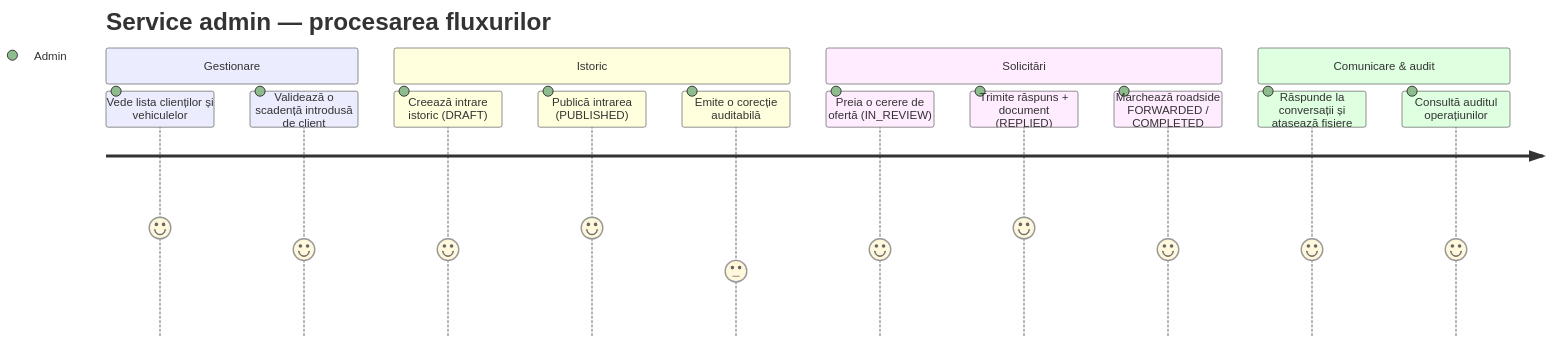
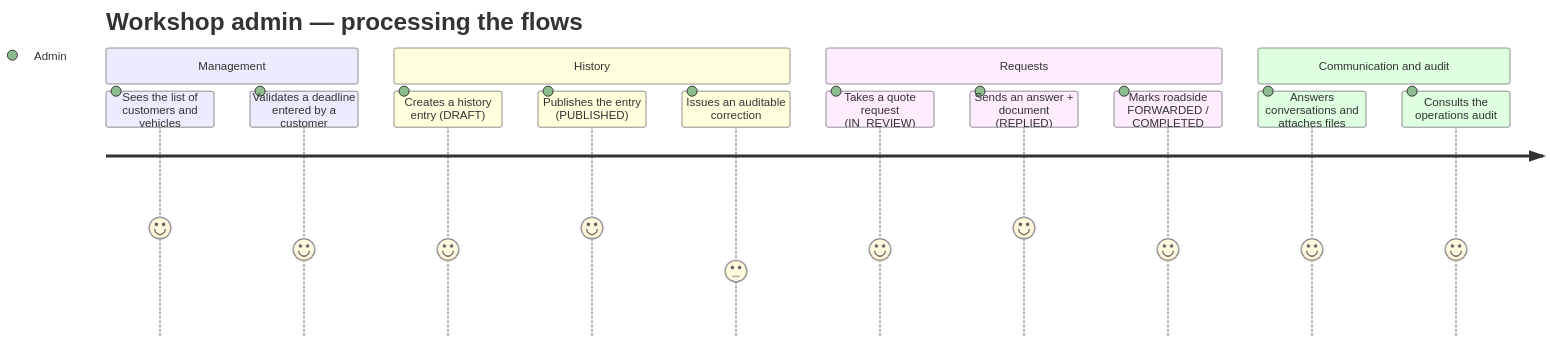
Before and after one commit to boschservice12-png/bosch-car-service-companion: the second of 4 diagrams in docs/analysis/stage-1-functional-analysis.md, drawn with Mermaid. The commit also changed other lines of this file and 7 other files, not shown here.

````diff
--- a/docs/analysis/stage-1-functional-analysis.md
+++ b/docs/analysis/stage-1-functional-analysis.md
@@ -137,18 +147,18 @@
 ```mermaid
 journey
-    title Service admin — procesarea fluxurilor
-    section Gestionare
-      Vede lista clienților și vehiculelor: 5: Admin
-      Validează o scadență introdusă de client: 4: Admin
-    section Istoric
-      Creează intrare istoric (DRAFT): 4: Admin
-      Publică intrarea (PUBLISHED): 5: Admin
-      Emite o corecție auditabilă: 3: Admin
-    section Solicitări
-      Preia o cerere de ofertă (IN_REVIEW): 4: Admin
-      Trimite răspuns + document (REPLIED): 5: Admin
-      Marchează roadside FORWARDED / COMPLETED: 4: Admin
-    section Comunicare & audit
-      Răspunde la conversații și atașează fișiere: 4: Admin
-      Consultă auditul operațiunilor: 4: Admin
+    title Workshop admin — processing the flows
+    section Management
+      Sees the list of customers and vehicles: 5: Admin
+      Validates a deadline entered by a customer: 4: Admin
+    section History
+      Creates a history entry (DRAFT): 4: Admin
+      Publishes the entry (PUBLISHED): 5: Admin
+      Issues an auditable correction: 3: Admin
+    section Requests
+      Takes a quote request (IN_REVIEW): 4: Admin
+      Sends an answer + document (REPLIED): 5: Admin
+      Marks roadside FORWARDED / COMPLETED: 4: Admin
+    section Communication and audit
+      Answers conversations and attaches files: 4: Admin
+      Consults the operations audit: 4: Admin
 ```
````
